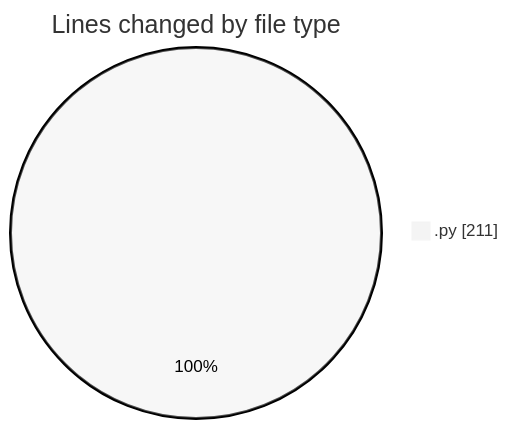
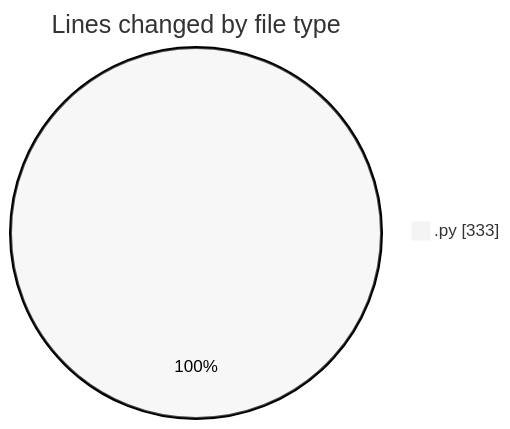
Before and after one commit to CELIANVF/code-tracking: the first of 2 diagrams in 2025-01-09/python/README.md, drawn with Mermaid (neutral theme). The commit also changed other lines of this file and 1 other file, not shown here.

````diff
--- a/2025-01-09/python/README.md
+++ b/2025-01-09/python/README.md
@@ -20,5 +20,5 @@
 ```mermaid
 pie showData
 title Lines changed by file type
-".py" : 211
+".py" : 333
 ```
````
